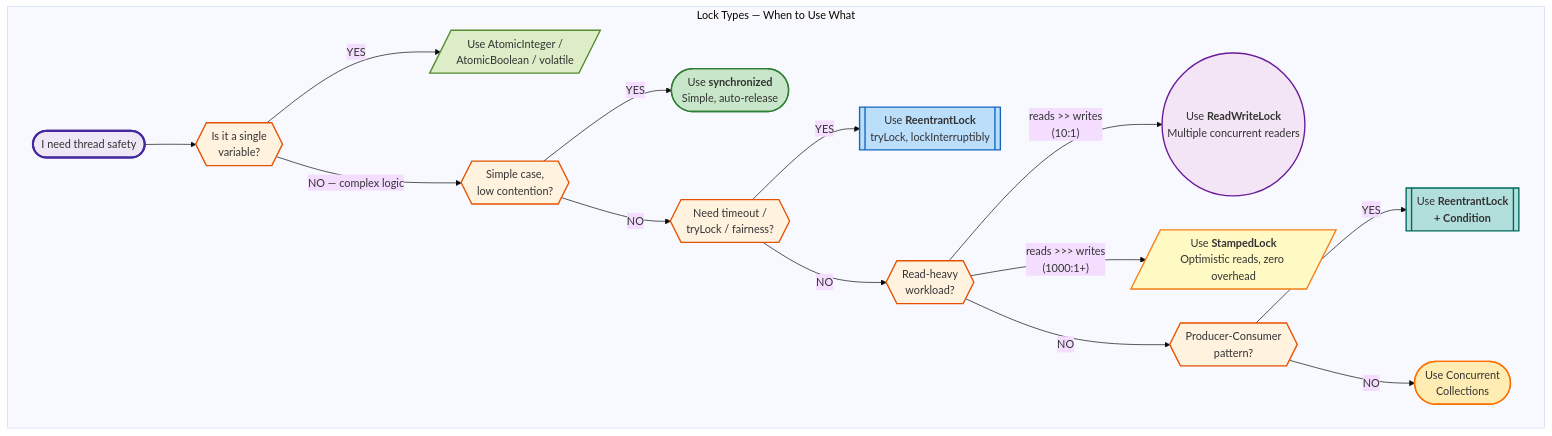
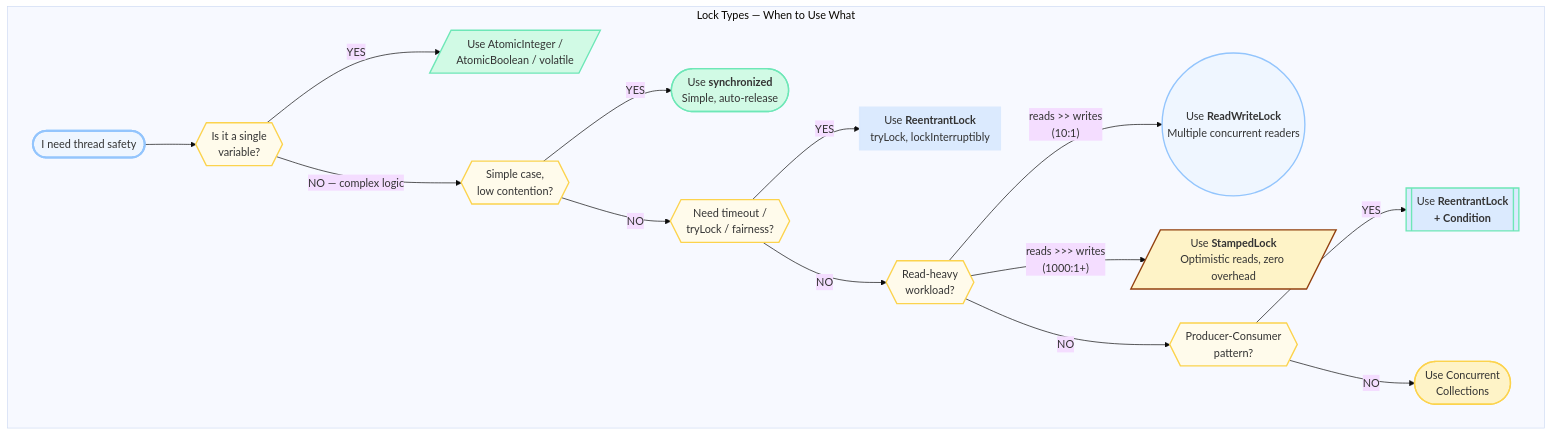
One commit to saivamsikaruturi/vamsilabs-dev-notes-main changed the second of 2 diagrams in docs/java/Locks.md. Above: the diagram before and after it, drawn with Mermaid (base theme). The commit also changed other lines of this file and 220 other files, not shown here.

First line of the commit message:
Add 50+ new Java/Spring Boot pages, rewrite CSS code blocks to Oracle style, fix all diagram colors

````diff
--- a/docs/java/Locks.md
+++ b/docs/java/Locks.md
@@ -780,37 +780,37 @@
 ```mermaid
 flowchart LR
     subgraph LockDecision["Lock Types — When to Use What"]
         direction LR
         START(["I need thread safety"]) --> Q1{{"Is it a single<br/>variable?"}}
 
         Q1 -->|"YES"| ATOMIC[/"Use AtomicInteger /<br/>AtomicBoolean / volatile"/]
         Q1 -->|"NO — complex logic"| Q2{{"Simple case,<br/>low contention?"}}
 
         Q2 -->|"YES"| SYNC(["Use <b>synchronized</b><br/>Simple, auto-release"])
         Q2 -->|"NO"| Q3{{"Need timeout /<br/>tryLock / fairness?"}}
 
         Q3 -->|"YES"| REENTRANT[["Use <b>ReentrantLock</b><br/>tryLock, lockInterruptibly"]]
         Q3 -->|"NO"| Q4{{"Read-heavy<br/>workload?"}}
 
         Q4 -->|"reads >> writes<br/>(10:1)"| RWL(("Use <b>ReadWriteLock</b><br/>Multiple concurrent readers"))
         Q4 -->|"reads >>> writes<br/>(1000:1+)"| STAMPED[/"Use <b>StampedLock</b><br/>Optimistic reads, zero overhead"/]
         Q4 -->|"NO"| Q5{{"Producer-Consumer<br/>pattern?"}}
 
         Q5 -->|"YES"| CONDITION[["Use <b>ReentrantLock<br/>+ Condition</b>"]]
         Q5 -->|"NO"| CONCURRENT(["Use Concurrent<br/>Collections"])
     end
 
-    style START fill:#ede7f6,stroke:#4527a0,stroke-width:3px
-    style Q1 fill:#fff3e0,stroke:#e65100,stroke-width:2px
-    style Q2 fill:#fff3e0,stroke:#e65100,stroke-width:2px
-    style Q3 fill:#fff3e0,stroke:#e65100,stroke-width:2px
-    style Q4 fill:#fff3e0,stroke:#e65100,stroke-width:2px
-    style Q5 fill:#fff3e0,stroke:#e65100,stroke-width:2px
-    style SYNC fill:#c8e6c9,stroke:#2e7d32,stroke-width:2px
-    style REENTRANT fill:#bbdefb,stroke:#1565c0,stroke-width:2px
-    style RWL fill:#f3e5f5,stroke:#6a1b9a,stroke-width:2px
-    style STAMPED fill:#fff9c4,stroke:#f57f17,stroke-width:2px
-    style CONDITION fill:#b2dfdb,stroke:#00695c,stroke-width:2px
-    style ATOMIC fill:#dcedc8,stroke:#558b2f,stroke-width:2px
-    style CONCURRENT fill:#ffecb3,stroke:#ff6f00,stroke-width:2px
+    style START fill:#EFF6FF,stroke:#93C5FD,stroke-width:3px
+    style Q1 fill:#FFFBEB,stroke:#FCD34D,stroke-width:2px
+    style Q2 fill:#FFFBEB,stroke:#FCD34D,stroke-width:2px
+    style Q3 fill:#FFFBEB,stroke:#FCD34D,stroke-width:2px
+    style Q4 fill:#FFFBEB,stroke:#FCD34D,stroke-width:2px
+    style Q5 fill:#FFFBEB,stroke:#FCD34D,stroke-width:2px
+    style SYNC fill:#D1FAE5,stroke:#6EE7B7,stroke-width:2px
+    style REENTRANT fill:#DBEAFE,stroke:#DBEAFE,stroke-width:2px
+    style RWL fill:#EFF6FF,stroke:#93C5FD,stroke-width:2px
+    style STAMPED fill:#FEF3C7,stroke:#92400E,stroke-width:2px
+    style CONDITION fill:#DBEAFE,stroke:#6EE7B7,stroke-width:2px
+    style ATOMIC fill:#D1FAE5,stroke:#6EE7B7,stroke-width:2px
+    style CONCURRENT fill:#FEF3C7,stroke:#FCD34D,stroke-width:2px
 ```
````
